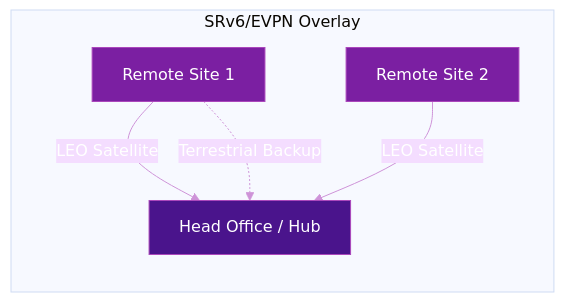
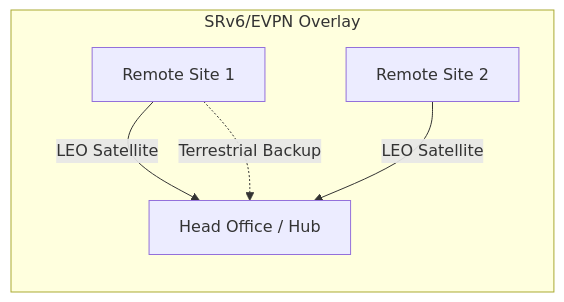
Before and after one commit to eldaninavas/srv6.md: the diagram in docs/use-cases/satellite-connectivity.md, drawn with Mermaid. The commit also changed 29 other files, not shown here.

First line of the commit message:
fix(mermaid): apply theme-aware colors site-wide

````diff
--- a/docs/use-cases/satellite-connectivity.md
+++ b/docs/use-cases/satellite-connectivity.md
@@ -34,17 +34,12 @@
 ```mermaid
-%%{init: {"theme": "base", "themeVariables": {"primaryTextColor": "#fff", "lineColor": "#ce93d8", "textColor": "#fff"}}}%%
 graph LR
     RS1[Remote Site 1] -->|LEO Satellite| HQ[Head Office / Hub]
     RS2[Remote Site 2] -->|LEO Satellite| HQ
     RS1 -.->|Terrestrial Backup| HQ
 
     subgraph SRv6/EVPN Overlay
         RS1
         RS2
         HQ
     end
-
-    style RS1 fill:#7b1fa2,color:#fff,stroke:#ab47bc
-    style RS2 fill:#7b1fa2,color:#fff,stroke:#ab47bc
-    style HQ fill:#4a148c,color:#fff,stroke:#ab47bc
 ```
````
